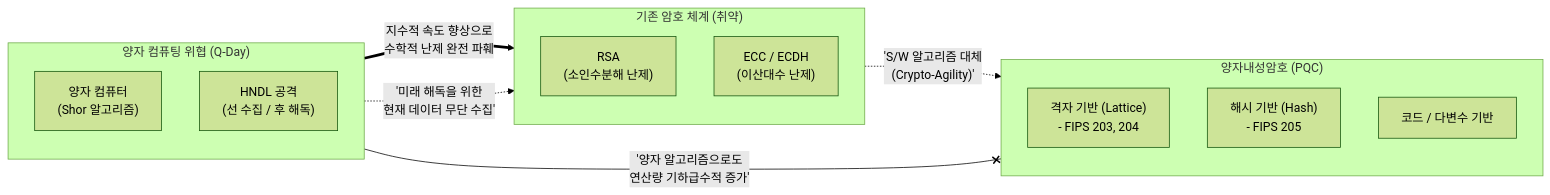
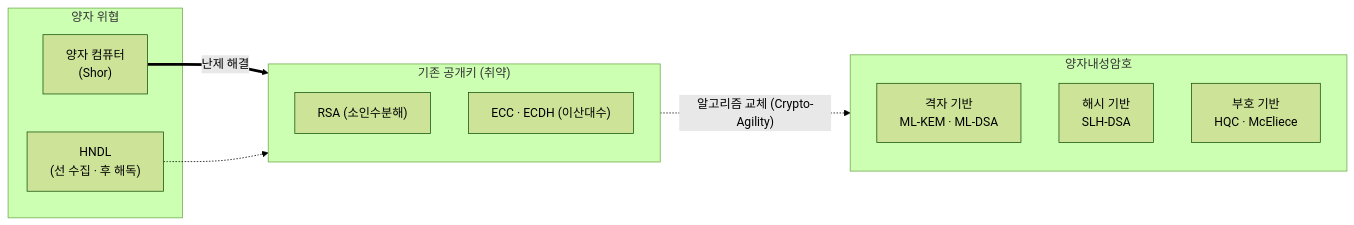
The diagram in content/01_IT Tech/양자내성암호.md (supremethumb/supremethumb.github.io), drawn with Mermaid (forest theme) before and after one commit. The commit also changed other lines of this file and 1087 other files, not shown here.

````diff
--- a/content/01_IT Tech/양자내성암호.md
+++ b/content/01_IT Tech/양자내성암호.md
@@ -26,28 +37,19 @@
 ```mermaid
 flowchart LR
-    subgraph Threat["양자 컴퓨팅 위협 (Q-Day)"]
-        direction TB
-        Quantum["양자 컴퓨터<br/>(Shor 알고리즘)"]
-        HNDL["HNDL 공격<br/>(선 수집 / 후 해독)"]
+    subgraph Threat["양자 위협"]
+        Q["양자 컴퓨터<br/>(Shor)"]
+        H["HNDL<br/>(선 수집 · 후 해독)"]
     end
-    
-    subgraph Legacy["기존 암호 체계 (취약)"]
-        direction TB
-        RSA["RSA<br/>(소인수분해 난제)"]
-        ECC["ECC / ECDH<br/>(이산대수 난제)"]
+    subgraph Legacy["기존 공개키 (취약)"]
+        RSA["RSA (소인수분해)"]
+        EC["ECC · ECDH (이산대수)"]
     end
-
-    subgraph PQC["양자내성암호 (PQC)"]
-        direction TB
-        Lattice["격자 기반 (Lattice)<br/>- FIPS 203, 204"]
-        Hash["해시 기반 (Hash)<br/>- FIPS 205"]
-        Code_MV["코드 / 다변수 기반"]
+    subgraph PQC["양자내성암호"]
+        L["격자 기반<br/>ML-KEM · ML-DSA"]
+        HS["해시 기반<br/>SLH-DSA"]
+        C["부호 기반<br/>HQC · McEliece"]
     end
-    
-    Quantum == ""지수적 속도 향상으로<br/>수학적 난제 완전 파훼"" ==> Legacy
-    HNDL -. "'미래 해독을 위한<br/>현재 데이터 무단 수집'" .-> Legacy
-    Legacy -. "'S/W 알고리즘 대체<br/>(Crypto-Agility)'" .-> PQC
-    Quantum --x|"'양자 알고리즘으로도<br/>연산량 기하급수적 증가'"| PQC
-
-
+    Q == "난제 해결" ==> Legacy
+    H -.-> Legacy
+    Legacy -. "알고리즘 교체 (Crypto-Agility)" .-> PQC
 ```
````
